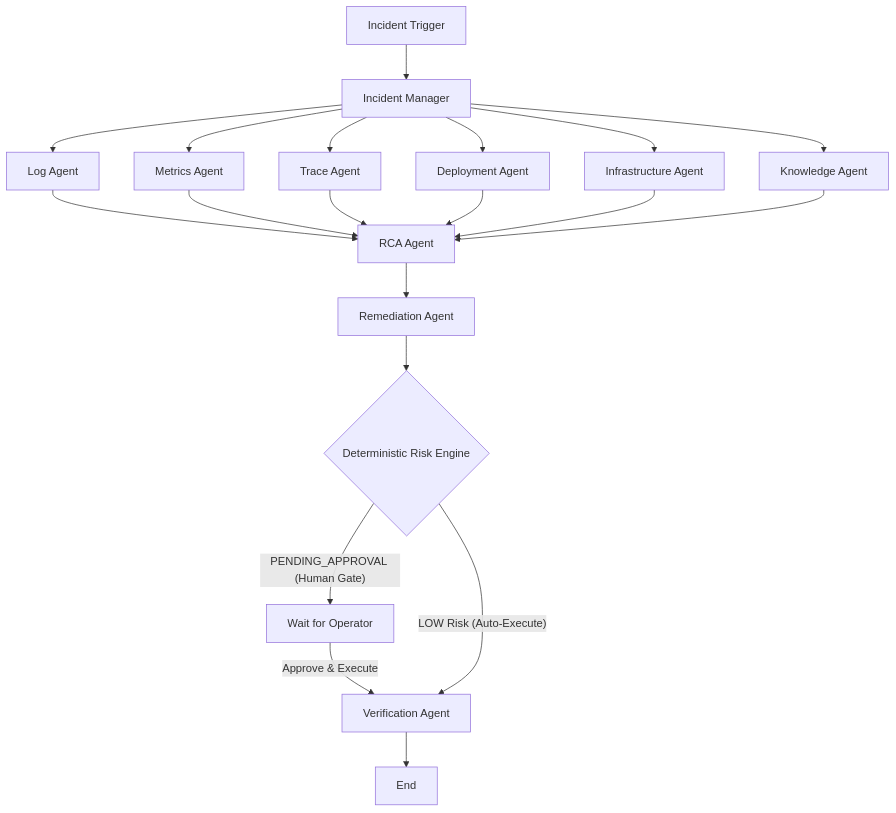
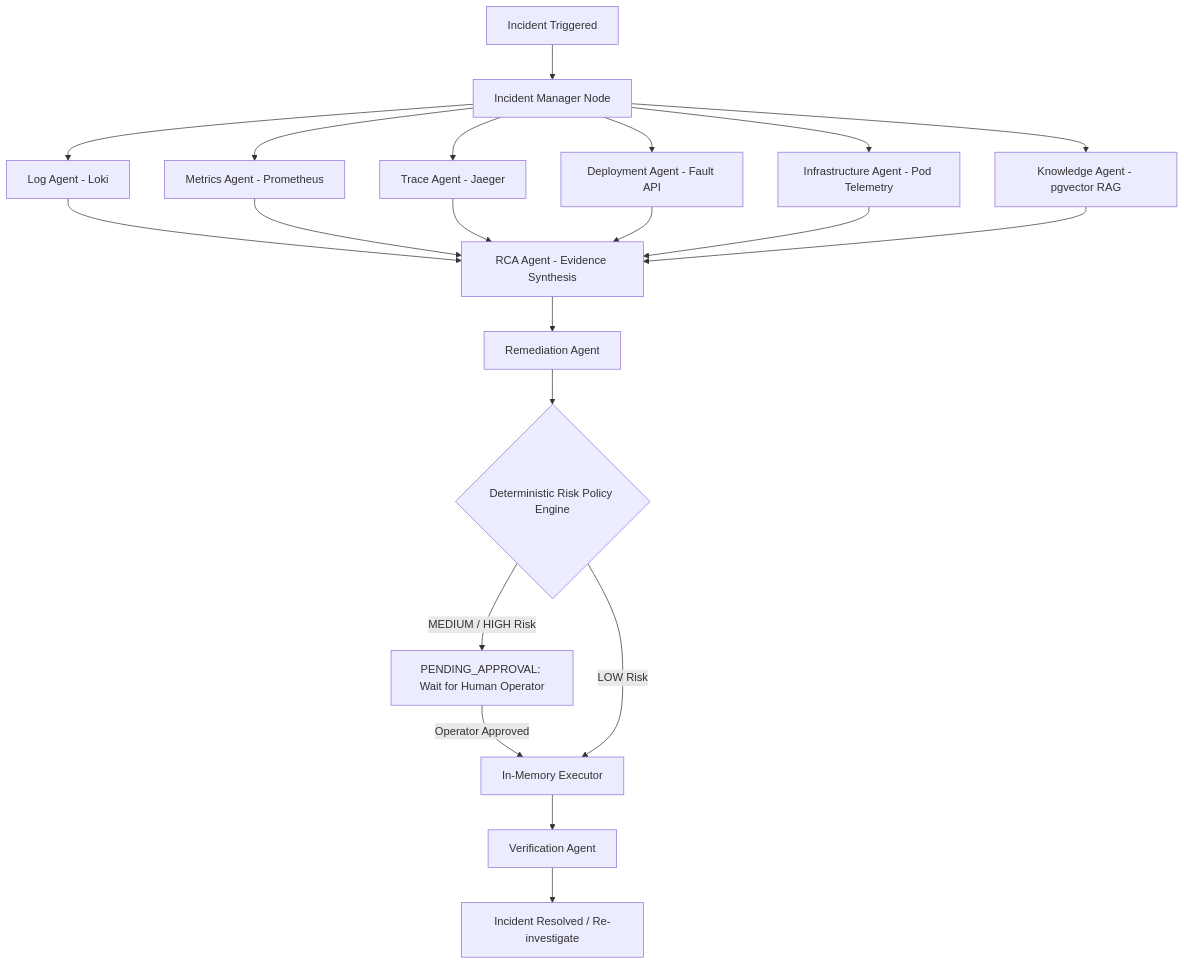
One commit to daxsh2803/SentryOps changed the diagram in README.md. Above: the diagram before and after it, drawn with Mermaid. The commit also changed other lines of this file and 16 other files, not shown here.

Commit message:
feat: add fault injection UI, incident reporting, UTC date standardization, and update README

````diff
--- a/README.md
+++ b/README.md
@@ -32,22 +150,23 @@
 ```mermaid
 graph TD
-    A[Incident Trigger] --> B[Incident Manager]
-    B --> C[Log Agent]
-    B --> D[Metrics Agent]
-    B --> E[Trace Agent]
-    B --> F[Deployment Agent]
-    B --> G[Infrastructure Agent]
-    B --> H[Knowledge Agent]
-    C --> I[RCA Agent]
+    A[Incident Triggered] --> B[Incident Manager Node]
+    B --> C[Log Agent - Loki]
+    B --> D[Metrics Agent - Prometheus]
+    B --> E[Trace Agent - Jaeger]
+    B --> F[Deployment Agent - Fault API]
+    B --> G[Infrastructure Agent - Pod Telemetry]
+    B --> H[Knowledge Agent - pgvector RAG]
+    C --> I[RCA Agent - Evidence Synthesis]
     D --> I
     E --> I
     F --> I
     G --> I
     H --> I
     I --> J[Remediation Agent]
-    J --> K{Deterministic Risk Engine}
-    K -- "PENDING_APPROVAL (Human Gate)" --> L[Wait for Operator]
-    L -- "Approve & Execute" --> M[Verification Agent]
-    K -- "LOW Risk (Auto-Execute)" --> M
-    M --> N[End]
+    J --> K{Deterministic Risk Policy Engine}
+    K -- "MEDIUM / HIGH Risk" --> L[PENDING_APPROVAL: Wait for Human Operator]
+    L -- "Operator Approved" --> M[In-Memory Executor]
+    K -- "LOW Risk" --> M
+    M --> N[Verification Agent]
+    N --> O[Incident Resolved / Re-investigate]
 ```
````
